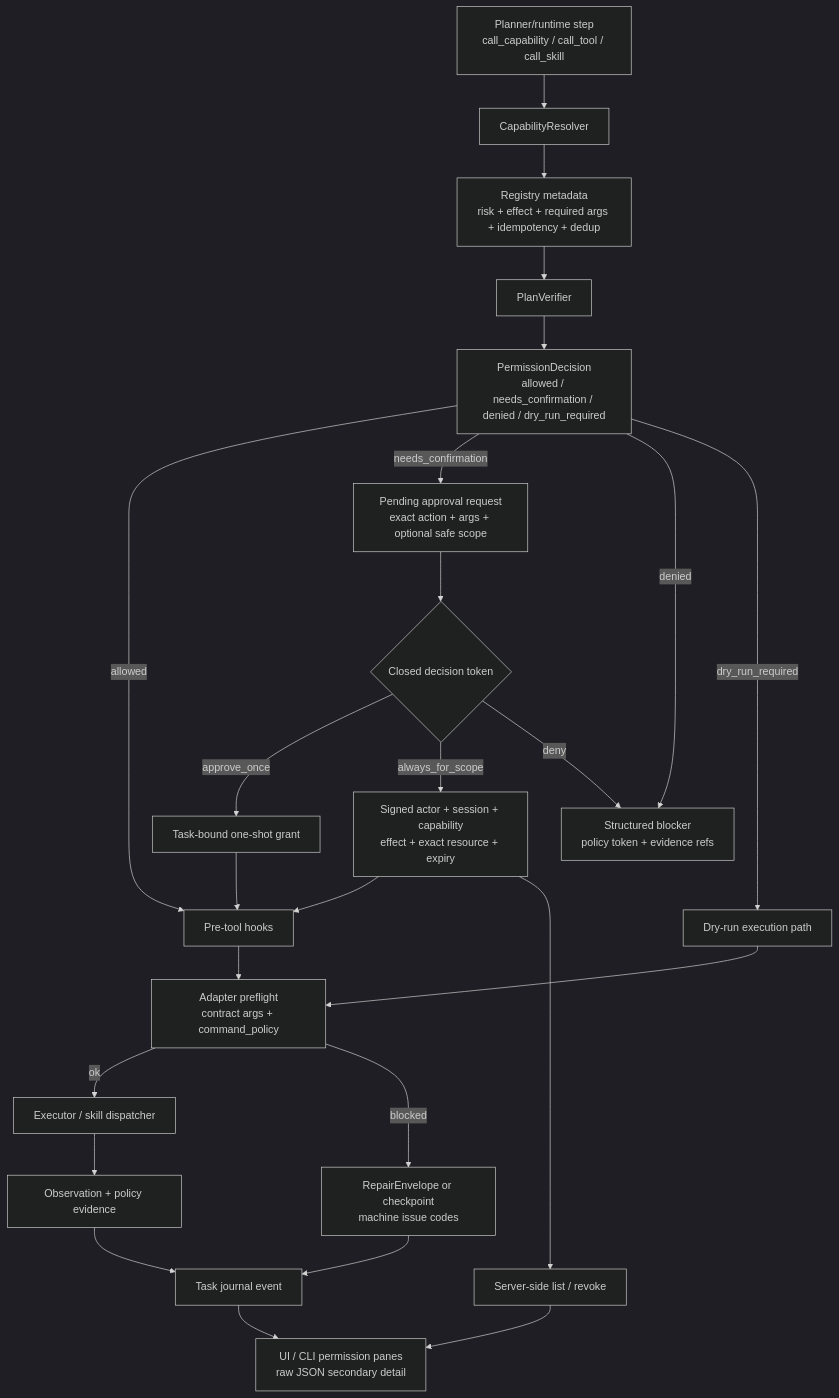
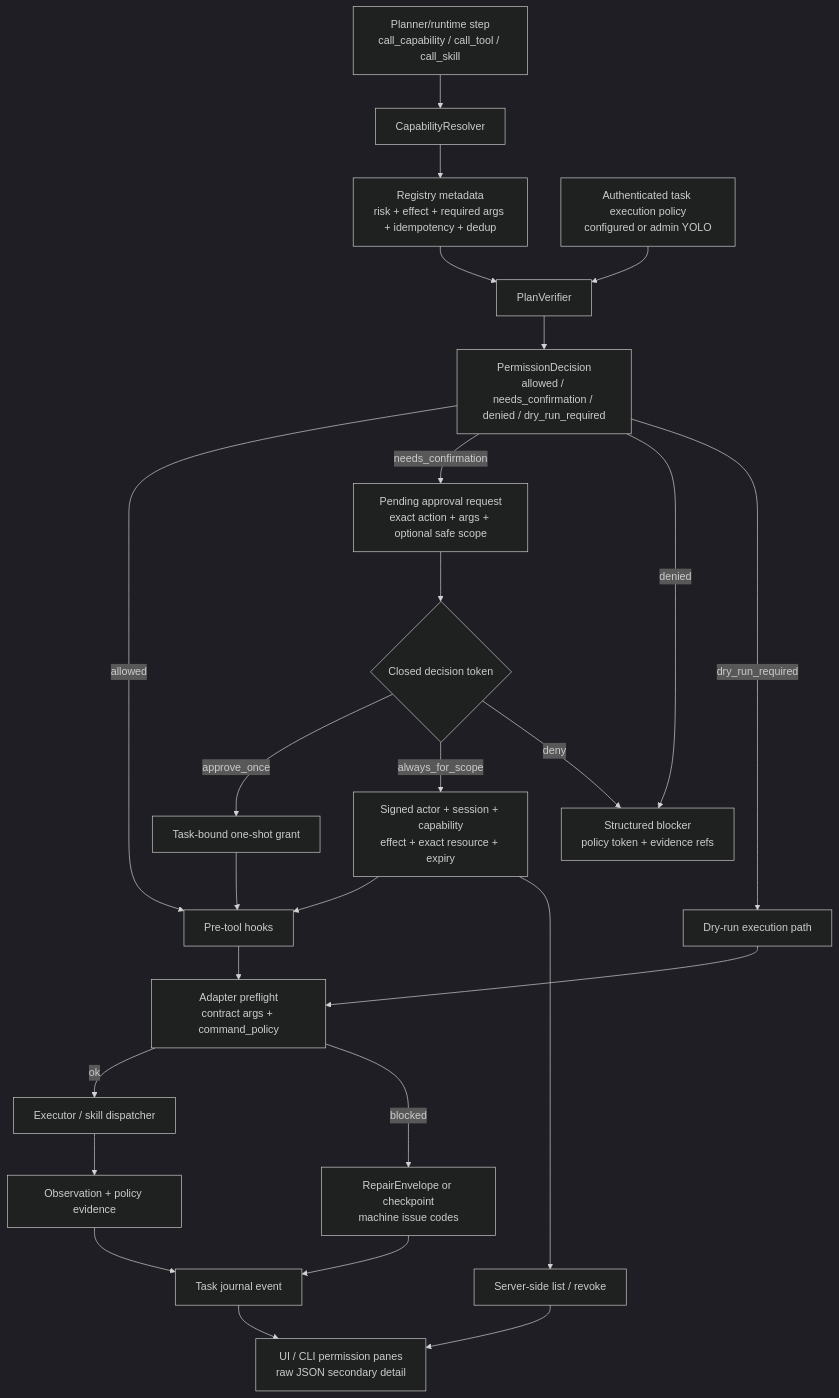
Diagram 12 of 18 in README.md (MatrixCoreX/RustClaw), drawn with Mermaid (dark theme) before and after one commit. The commit also changed other lines of this file and 35 other files, not shown here.

Commit message:
feat: add authenticated yolo execution policy

````diff
--- a/README.md
+++ b/README.md
@@ -734,27 +747,28 @@
 ```mermaid
 flowchart TD
     A[Planner/runtime step<br/>call_capability / call_tool / call_skill] --> B[CapabilityResolver]
     B --> C[Registry metadata<br/>risk + effect + required args + idempotency + dedup]
+    TP[Authenticated task execution policy<br/>configured or admin YOLO] --> D
     C --> D[PlanVerifier]
     D --> E[PermissionDecision<br/>allowed / needs_confirmation / denied / dry_run_required]
     E -->|allowed| F[Pre-tool hooks]
     E -->|needs_confirmation| G[Pending approval request<br/>exact action + args + optional safe scope]
     E -->|denied| H[Structured blocker<br/>policy token + evidence refs]
     E -->|dry_run_required| I[Dry-run execution path]
     F --> J[Adapter preflight<br/>contract args + command_policy]
     I --> J
     J -->|ok| K[Executor / skill dispatcher]
     J -->|blocked| L[RepairEnvelope or checkpoint<br/>machine issue codes]
     K --> M[Observation + policy evidence]
     L --> N[Task journal event]
     M --> N
     G --> GA{Closed decision token}
     GA -->|approve_once| GB[Task-bound one-shot grant]
     GA -->|always_for_scope| GC[Signed actor + session + capability<br/>effect + exact resource + expiry]
     GA -->|deny| H
     GB --> F
     GC --> F
     GC --> GD[Server-side list / revoke]
     N --> O[UI / CLI permission panes<br/>raw JSON secondary detail]
     GD --> O
 ```
````
